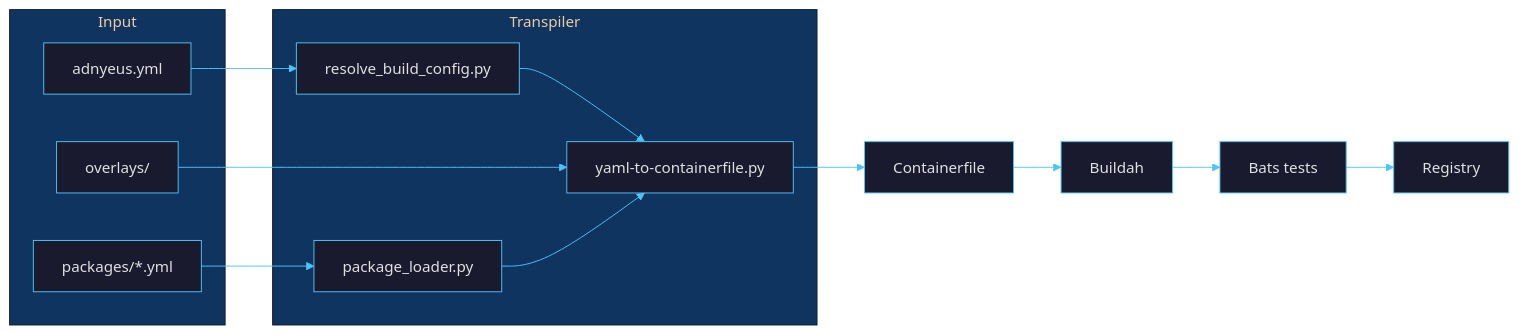
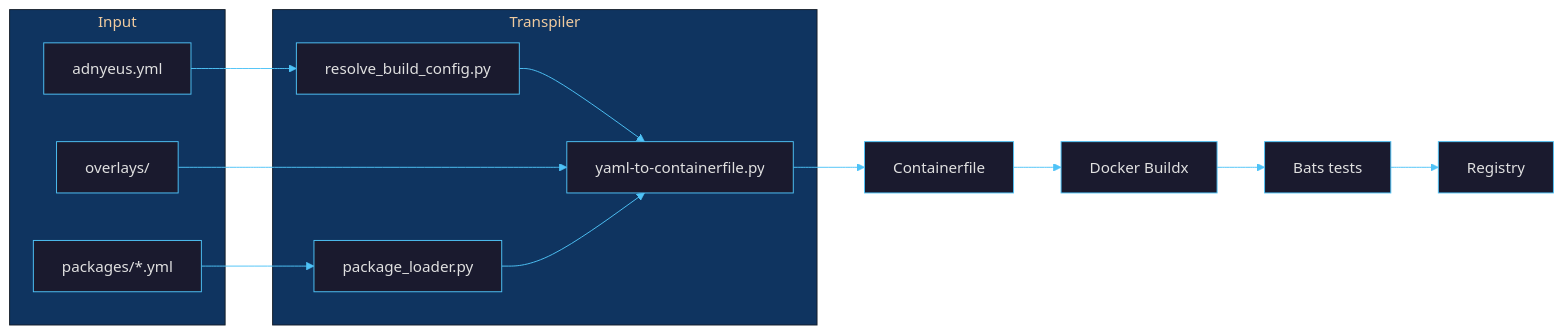
The first of 2 diagrams in README.md (borninthedark/exousia), drawn with Mermaid before and after one commit. The commit also changed other lines of this file and 15 other files, not shown here.

````diff
--- a/README.md
+++ b/README.md
@@ -86,21 +86,21 @@
 ```mermaid
 %%{init: {'theme': 'base', 'themeVariables': {'primaryColor': '#1a1a2e', 'primaryTextColor': '#e0e0e0', 'primaryBorderColor': '#4fc3f7', 'lineColor': '#4fc3f7', 'secondaryColor': '#16213e', 'tertiaryColor': '#0f3460', 'edgeLabelBackground': '#1a1a2e'}}}%%
 graph LR
     subgraph Input
         A["adnyeus.yml"]
         O["overlays/"]
         P["packages/*.yml"]
     end
     subgraph Transpiler
         G["resolve_build_config.py"]
         F["package_loader.py"]
         B["yaml-to-containerfile.py"]
     end
     A --> G --> B
     O --> B
     P --> F --> B
     B --> C["Containerfile"]
-    C --> D["Buildah"]
+    C --> D["Docker Buildx"]
     D --> T["Bats tests"]
     T --> E["Registry"]
 ```
````
